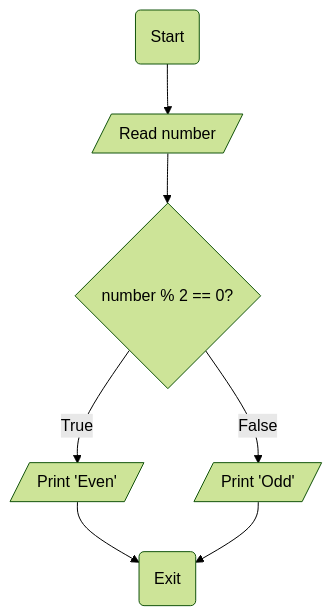
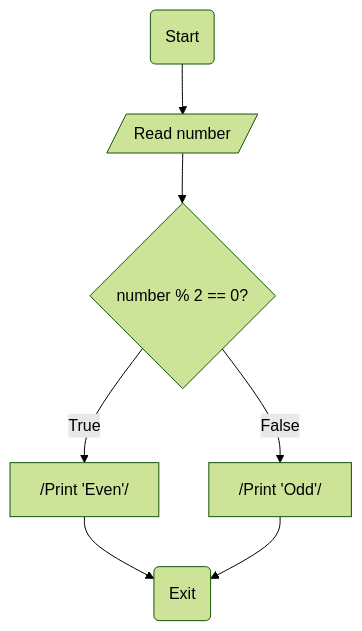
Before and after one commit to Asif-Faizal/BigOCcasion: the ninth of 9 diagrams in 00_basics/README.md, drawn with Mermaid (forest theme). The commit also changed other lines of this file, not shown here.

Commit message:
chore: fixed the Mermaid's syntax

````diff
--- a/00_basics/README.md
+++ b/00_basics/README.md
@@ -317,9 +317,9 @@
 ```mermaid
 graph TD
     A("Start") --> B[/Read number/];
     B --> C{number % 2 == 0?};
-    C -- "True" --> D[/"Print 'Even'"/];
-    C -- "False" --> E[/"Print 'Odd'"/];
+    C -- "True" --> D["/Print 'Even'/"];
+    C -- "False" --> E["/Print 'Odd'/"];
     D --> F("Exit");
     E --> F;
 ```
````
